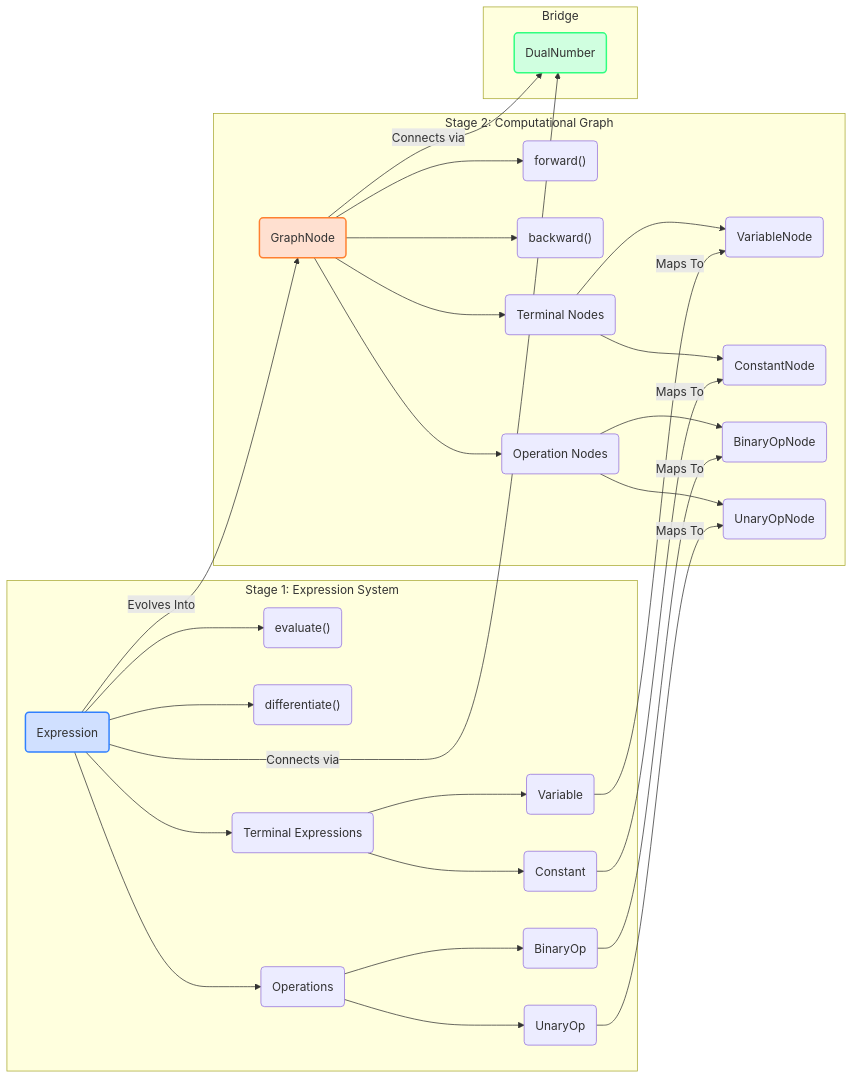
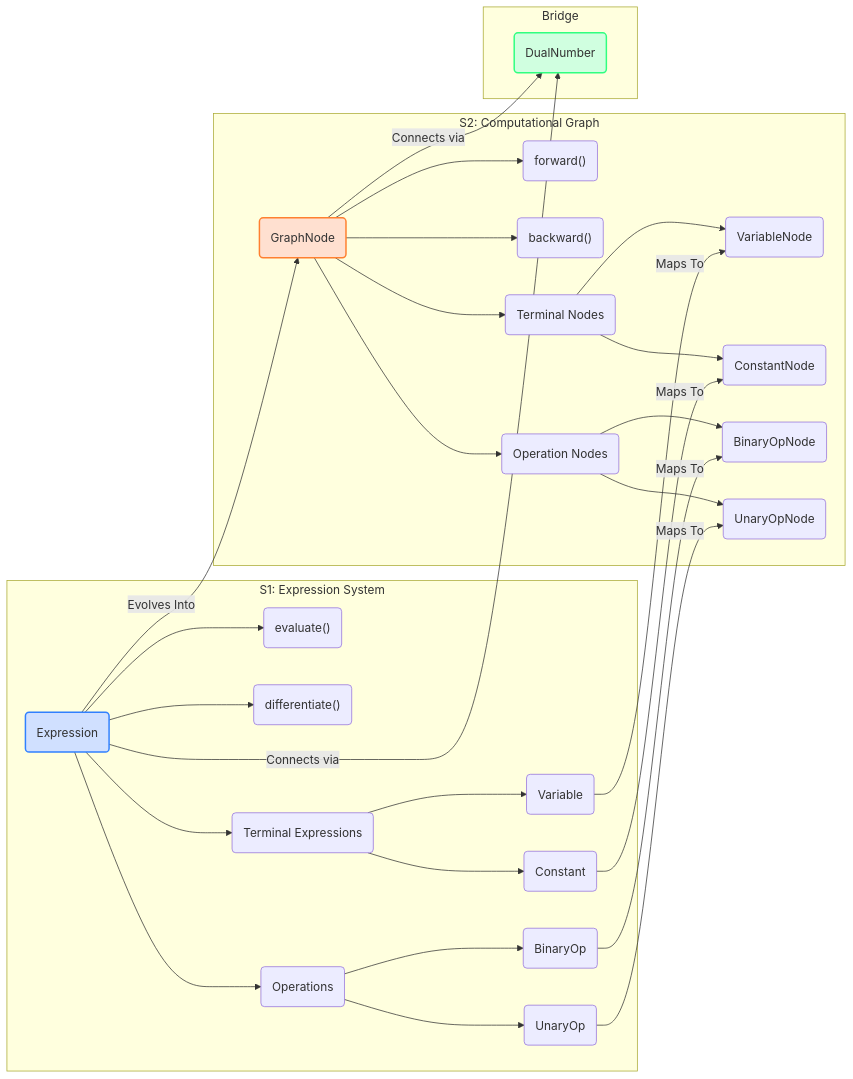
Before and after one commit to rdguerrerom/AutoDiff: the fifth of 5 diagrams in README.md, drawn with Mermaid.

Commit message:
Professional looking Documentation

````diff
--- a/README.md
+++ b/README.md
@@ -260,66 +260,66 @@
 ```mermaid
 flowchart LR
     %% Stage 1 Components
-    subgraph "Stage 1: Expression System"
+    subgraph "S1: Expression System"
         A1("Expression<T>")
         A2("evaluate()")
         A3("differentiate()")
         A4("Terminal Expressions")
         A5("Variable<T>")
         A6("Constant<T>")
         A7("Operations")
         A8("BinaryOp<T>")
         A9("UnaryOp<T>")
         
         A1 --> A2
         A1 --> A3
         A1 --> A4
         A4 --> A5
         A4 --> A6
         A1 --> A7
         A7 --> A8
         A7 --> A9
     end
     
     %% Stage 2 Components
-    subgraph "Stage 2: Computational Graph"
+    subgraph "S2: Computational Graph"
         B1("GraphNode<T>")
         B2("forward()")
         B3("backward()")
         B4("Terminal Nodes")
         B5("VariableNode<T>")
         B6("ConstantNode<T>")
         B7("Operation Nodes")
         B8("BinaryOpNode<T>")
         B9("UnaryOpNode<T>")
         
         B1 --> B2
         B1 --> B3
         B1 --> B4
         B4 --> B5
         B4 --> B6
         B1 --> B7
         B7 --> B8
         B7 --> B9
     end
     
     %% Connections between stages
     A1 -- "Evolves Into" --> B1
     A5 -- "Maps To" --> B5
     A6 -- "Maps To" --> B6
     A8 -- "Maps To" --> B8
     A9 -- "Maps To" --> B9
     
     %% Bridge component
     subgraph "Bridge"
         C1("DualNumber<T>")
     end
     
     A1 -- "Connects via" --> C1
     B1 -- "Connects via" --> C1
     
     %% Styling
     style A1 fill:#d0e0ff,stroke:#3080ff,stroke-width:2px
     style B1 fill:#ffe0d0,stroke:#ff8030,stroke-width:2px
     style C1 fill:#d0ffe0,stroke:#30ff80,stroke-width:2px
 ```
````
